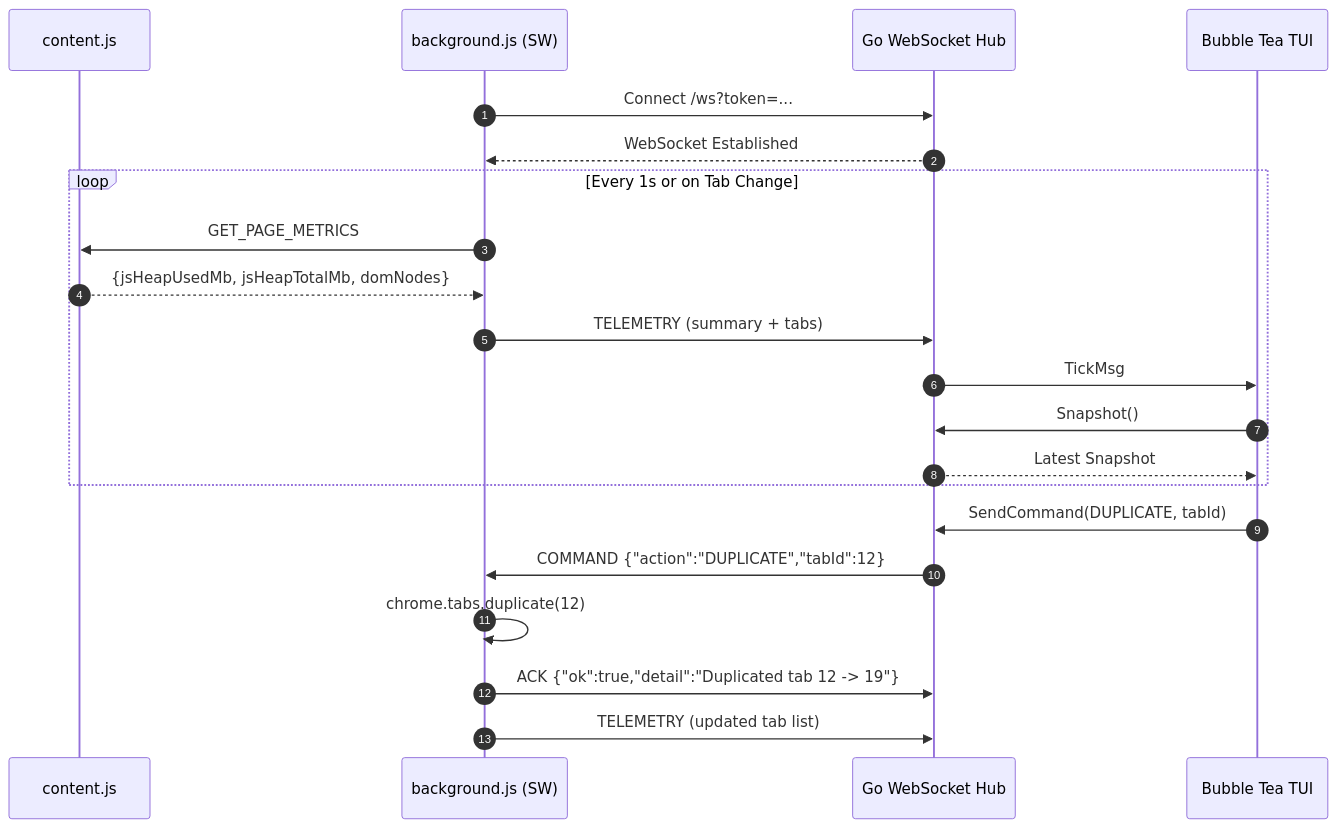
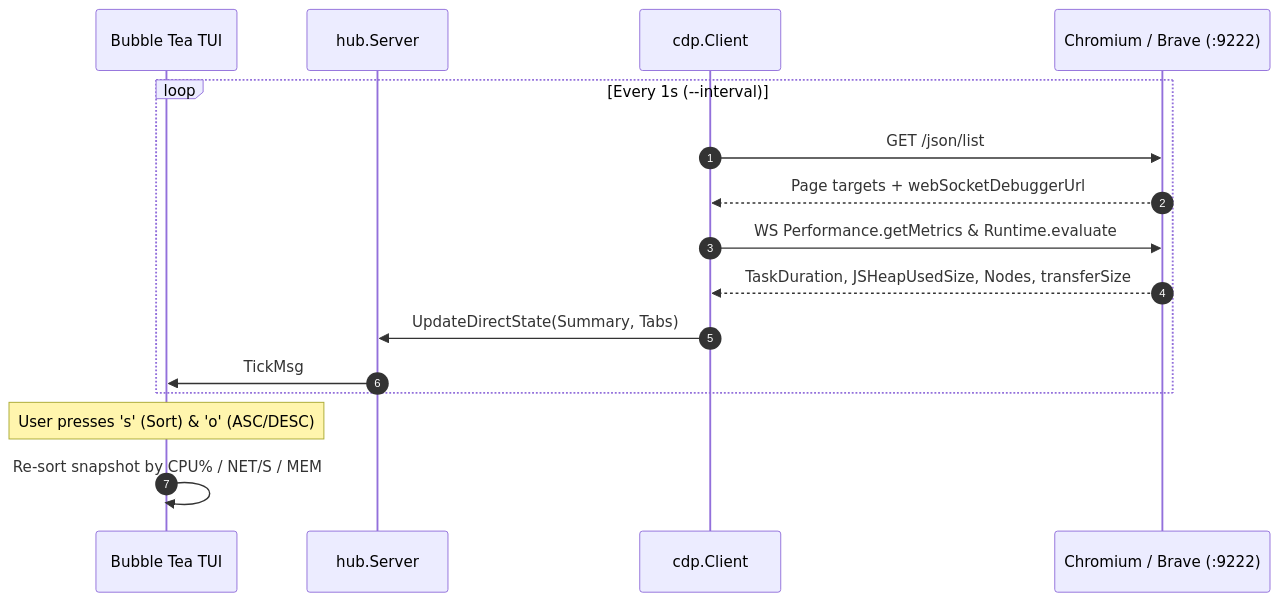
One commit to cumulus13/chrometop changed the second of 2 diagrams in ARCHITECTURE.md. Above: the diagram before and after it, drawn with Mermaid. The commit also changed other lines of this file and 16 other files, not shown here.

````diff
--- a/ARCHITECTURE.md
+++ b/ARCHITECTURE.md
@@ -47,26 +53,20 @@
 ```mermaid
 sequenceDiagram
     autonumber
-    participant CS as content.js
-    participant SW as background.js (SW)
-    participant Hub as Go WebSocket Hub
     participant TUI as Bubble Tea TUI
+    participant Hub as hub.Server
+    participant CDP as cdp.Client
+    participant Browser as Chromium / Brave (:9222)
 
-    SW->>Hub: Connect /ws?token=...
-    Hub-->>SW: WebSocket Established
-
-    loop Every 1s or on Tab Change
-        SW->>CS: GET_PAGE_METRICS
-        CS-->>SW: {jsHeapUsedMb, jsHeapTotalMb, domNodes}
-        SW->>Hub: TELEMETRY (summary + tabs)
+    loop Every 1s (--interval)
+        CDP->>Browser: GET /json/list
+        Browser-->>CDP: Page targets + webSocketDebuggerUrl
+        CDP->>Browser: WS Performance.getMetrics & Runtime.evaluate
+        Browser-->>CDP: TaskDuration, JSHeapUsedSize, Nodes, transferSize
+        CDP->>Hub: UpdateDirectState(Summary, Tabs)
         Hub->>TUI: TickMsg
-        TUI->>Hub: Snapshot()
-        Hub-->>TUI: Latest Snapshot
     end
 
-    TUI->>Hub: SendCommand(DUPLICATE, tabId)
-    Hub->>SW: COMMAND {"action":"DUPLICATE","tabId":12}
-    SW->>SW: chrome.tabs.duplicate(12)
-    SW->>Hub: ACK {"ok":true,"detail":"Duplicated tab 12 -> 19"}
-    SW->>Hub: TELEMETRY (updated tab list)
+    Note over TUI: User presses 's' (Sort) & 'o' (ASC/DESC)
+    TUI->>TUI: Re-sort snapshot by CPU% / NET/S / MEM
 ```
````
